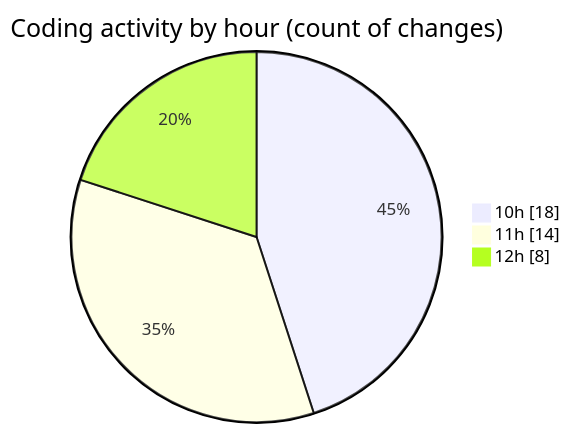
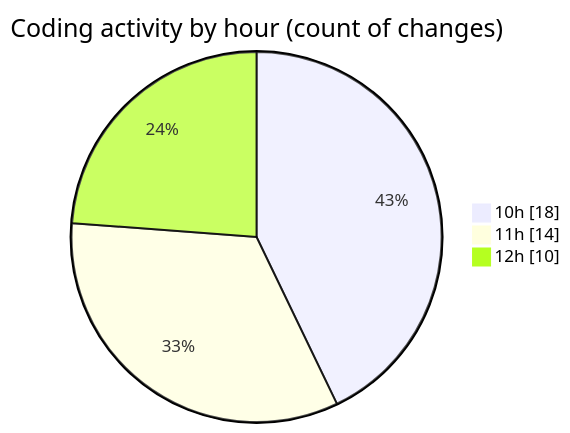
The second of 2 diagrams in 2026-05-22/cda/README.md (momahboobian/code-tracking), drawn with Mermaid before and after one commit. The commit also changed other lines of this file and 1 other file, not shown here.

````diff
--- a/2026-05-22/cda/README.md
+++ b/2026-05-22/cda/README.md
@@ -43,7 +43,7 @@
 ```mermaid
 pie showData
 title Coding activity by hour (count of changes)
 "10h" : 18
 "11h" : 14
-"12h" : 8
+"12h" : 10
 ```
````
